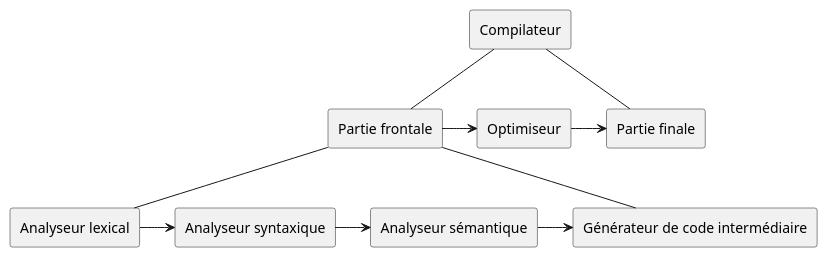
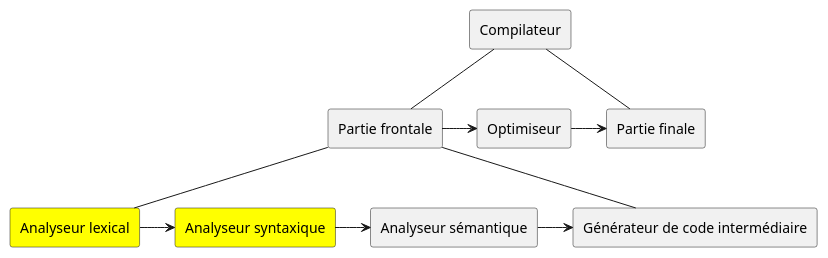
The diagram in res/diagrams/misc/compiler-units.plantuml (chlablak/platinum-parsing), drawn with PlantUML before and after one commit. The commit also changed 43 other files, not shown here.

```diff
--- a/res/diagrams/misc/compiler-units.plantuml
+++ b/res/diagrams/misc/compiler-units.plantuml
@@ -1,29 +1,27 @@
 @startuml
-
-skinparam monochrome true
 
 rectangle "Compilateur" as compiler
 
 rectangle "Partie frontale" as frontend
 rectangle "Optimiseur" as optimizer
 rectangle "Partie finale" as backend
 
-rectangle "Analyseur lexical" as lexer
-rectangle "Analyseur syntaxique" as parser
+rectangle "Analyseur lexical" as lexer #Yellow
+rectangle "Analyseur syntaxique" as parser #Yellow
 rectangle "Analyseur sémantique" as seman
 rectangle "Générateur de code intermédiaire" as gen
 
 compiler -- frontend
 compiler -- backend
 
 frontend -> optimizer
 optimizer -> backend
 
 frontend -- lexer
 frontend -- gen
 
 lexer -> parser
 parser -> seman
 seman -> gen
 
 @enduml
```
